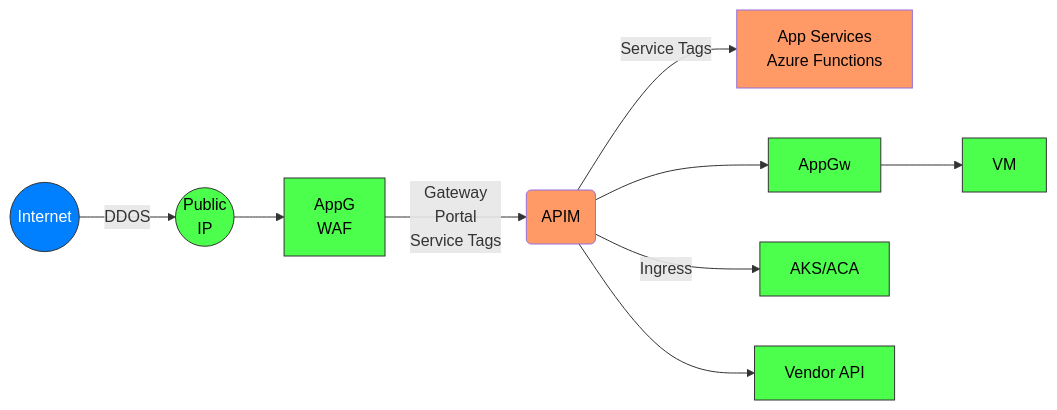
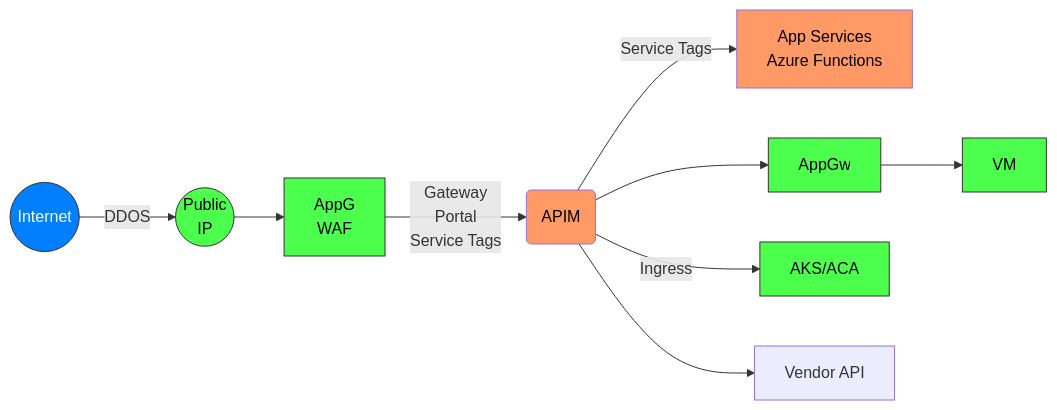
Before and after one commit to msalemor/azure-apim-networking: the second of 2 diagrams in README.md, drawn with Mermaid. The commit also changed other lines of this file, not shown here.

````diff
--- a/README.md
+++ b/README.md
@@ -35,17 +35,17 @@
 ```mermaid
 graph LR;
     A((Internet))--DDOS-->X((Public<br/>IP));
     X-->Z;
     Z[AppG<br/>WAF];
     Z--Gateway<br/>Portal<br/>Service Tags-->B(APIM);
     B--Service Tags-->C[App Services<br/>Azure Functions]
     B-->D[AppGw];
     D-->F[VM];
     B--Ingress-->E[AKS/ACA];
     B-->G[Vendor API]
     style A fill:#007FFF,stroke:#333,stroke-width:1px,color:#fff;    
     classDef someclass fill:#4DFF4D,stroke:#333,stroke-width:1px,color:black;
-    class Z,D,E,F,X,G someclass;
+    class Z,D,E,F,X someclass;
     classDef someclass1 fill:#f96,color:black;
     class C,B someclass1;
 ```
````
